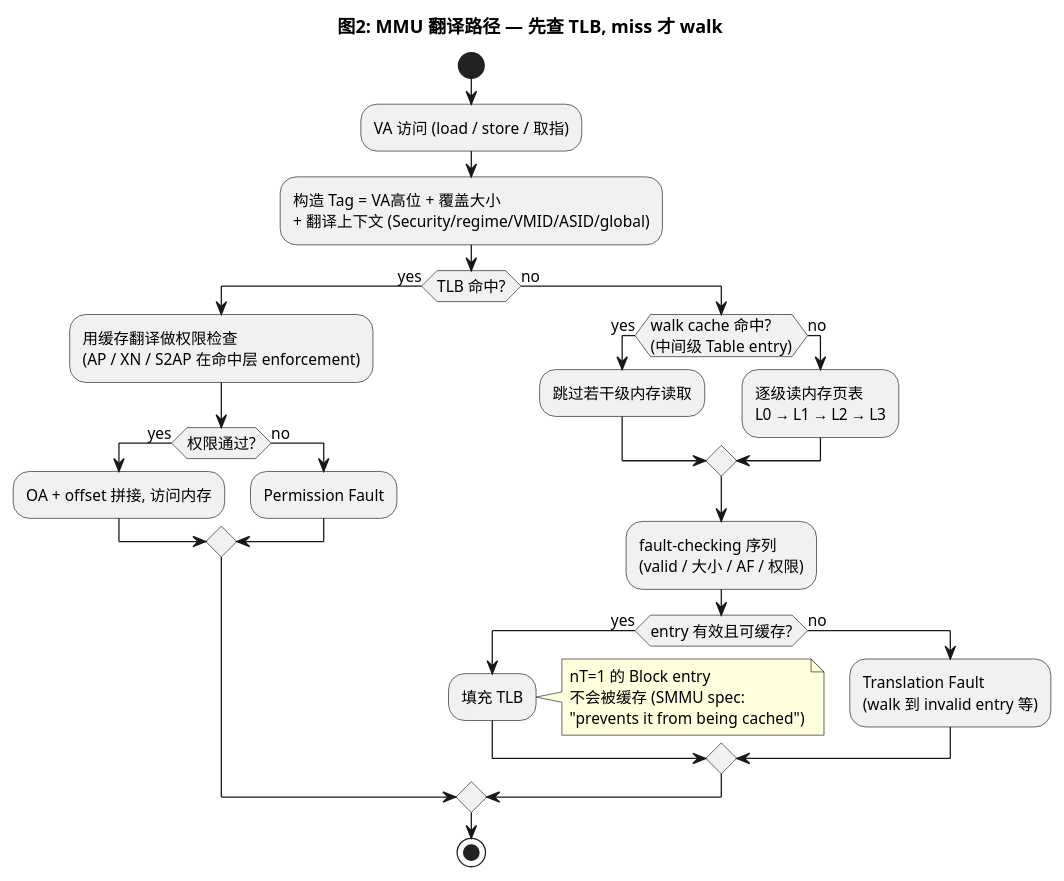
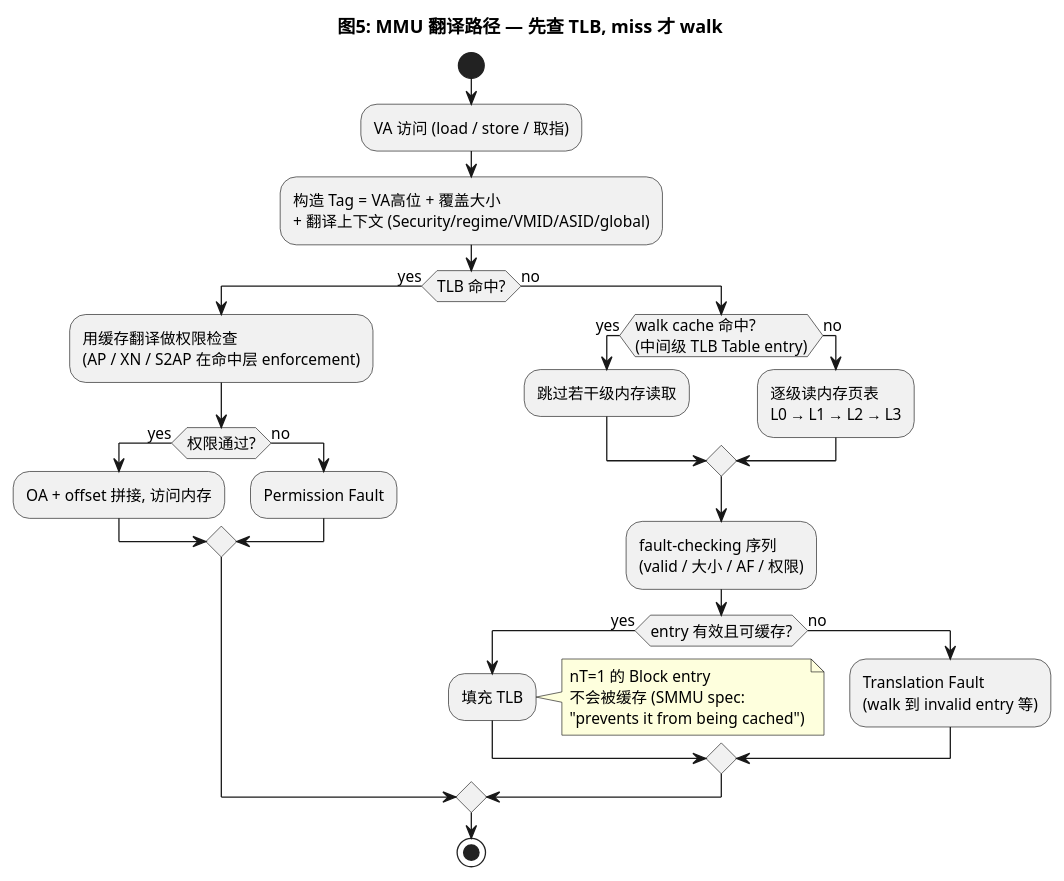
One commit to AkiraZheng/AkiraZheng.github.io changed the sixth of 13 diagrams in source/_posts/ARM64-BBML源码分析-BBML0-BBML3.md. Above: the diagram before and after it, drawn with PlantUML. The commit also changed other lines of this file and 4 other files, not shown here.

````diff
--- a/source/_posts/ARM64-BBML源码分析-BBML0-BBML3.md
+++ b/source/_posts/ARM64-BBML源码分析-BBML0-BBML3.md
@@ -210,33 +451,33 @@
 ```plantuml
 @startuml
 skinparam backgroundColor white
 skinparam defaultFontSize 12
-title 图2: MMU 翻译路径 — 先查 TLB, miss 才 walk
+title 图5: MMU 翻译路径 — 先查 TLB, miss 才 walk
 
 start
 :VA 访问 (load / store / 取指);
 :构造 Tag = VA高位 + 覆盖大小\n+ 翻译上下文 (Security/regime/VMID/ASID/global);
 if (TLB 命中?) then (yes)
   :用缓存翻译做权限检查\n(AP / XN / S2AP 在命中层 enforcement);
   if (权限通过?) then (yes)
     :OA + offset 拼接, 访问内存;
   else (no)
     :Permission Fault;
   endif
 else (no)
-  if (walk cache 命中?\n(中间级 Table entry)) then (yes)
+  if (walk cache 命中?\n(中间级 TLB Table entry)) then (yes)
     :跳过若干级内存读取;
   else (no)
     :逐级读内存页表\nL0 → L1 → L2 → L3;
   endif
   :fault-checking 序列\n(valid / 大小 / AF / 权限);
   if (entry 有效且可缓存?) then (yes)
     :填充 TLB;
     note right: nT=1 的 Block entry\n不会被缓存 (SMMU spec:\n"prevents it from being cached")
   else (no)
     :Translation Fault\n(walk 到 invalid entry 等);
   endif
 endif
 stop
 @enduml
 ```
````
